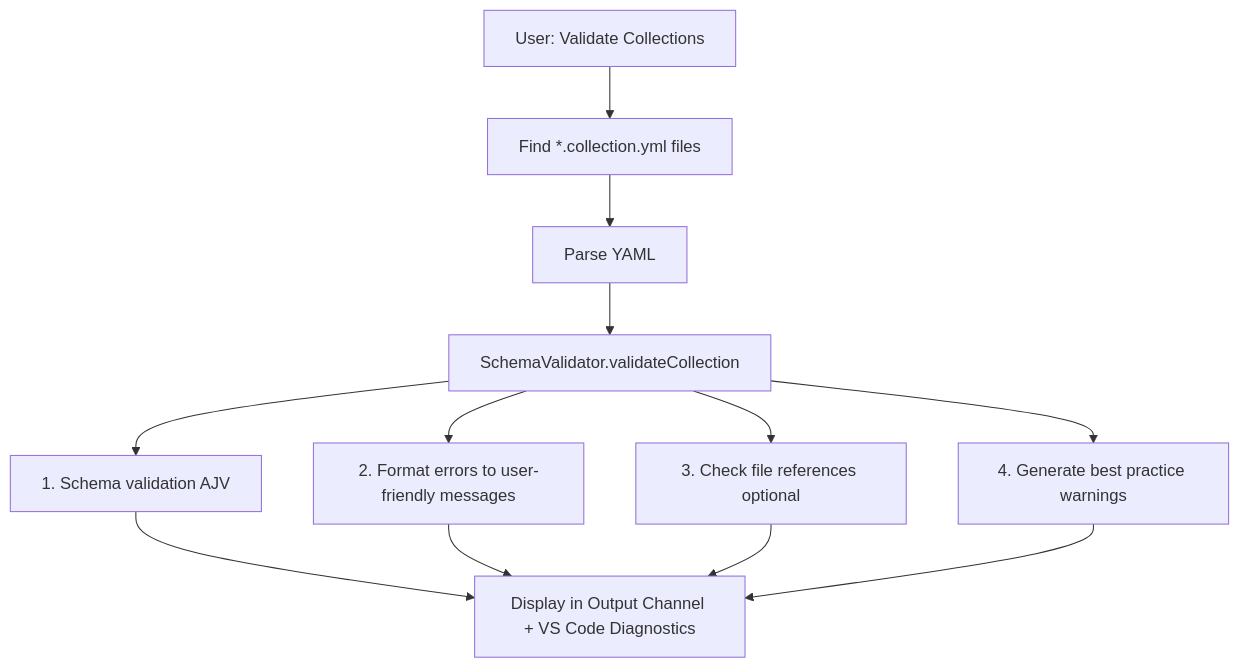
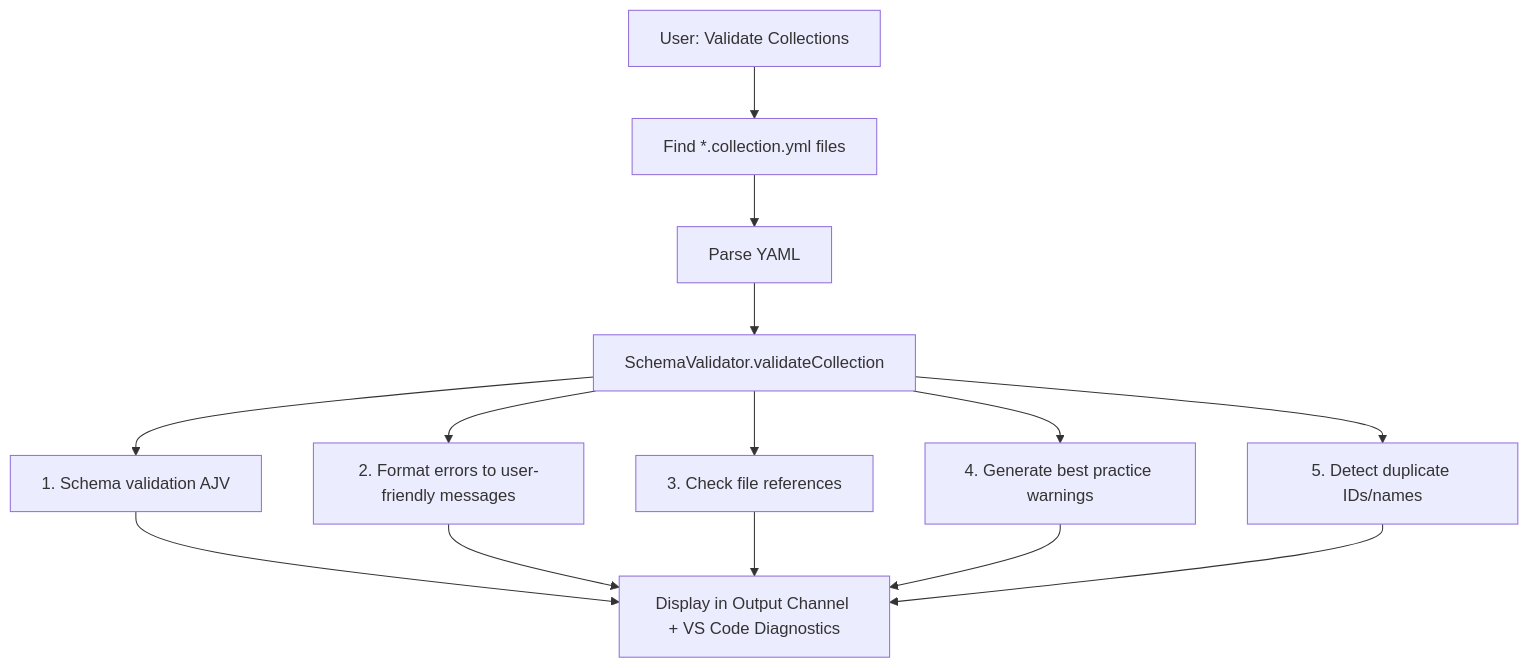
One commit to gblanc-1a/prompt-registry changed the first of 2 diagrams in docs/contributor-guide/architecture/validation.md. Above: the diagram before and after it, drawn with Mermaid. The commit also changed other lines of this file and 94 other files, not shown here.

````diff
--- a/docs/contributor-guide/architecture/validation.md
+++ b/docs/contributor-guide/architecture/validation.md
@@ -44,14 +44,16 @@
 ```mermaid
 flowchart TD
     A[User: Validate Collections] --> B[Find *.collection.yml files]
     B --> C[Parse YAML]
     C --> D[SchemaValidator.validateCollection]
     D --> E[1. Schema validation AJV]
     D --> F[2. Format errors to user-friendly messages]
-    D --> G[3. Check file references optional]
+    D --> G[3. Check file references]
     D --> H[4. Generate best practice warnings]
-    E --> I[Display in Output Channel + VS Code Diagnostics]
-    F --> I
-    G --> I
-    H --> I
+    D --> I[5. Detect duplicate IDs/names]
+    E --> J[Display in Output Channel + VS Code Diagnostics]
+    F --> J
+    G --> J
+    H --> J
+    I --> J
 ```
````
